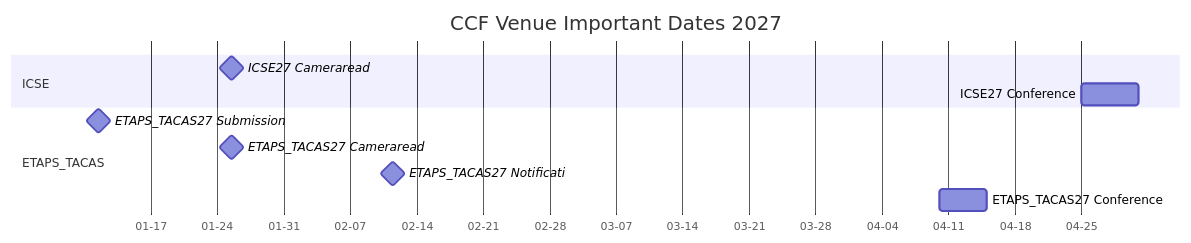
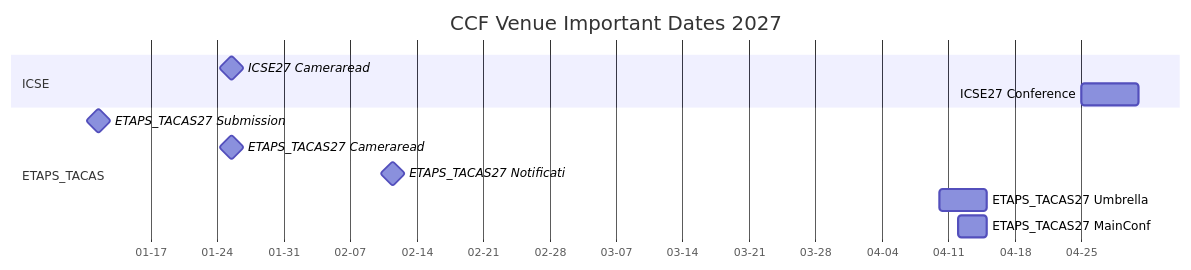
Before and after one commit to HansBug/research_ideas: the second of 7 diagrams in ccf_venues/TIMELINE.md, drawn with Mermaid. The commit also changed other lines of this file and 18 other files, not shown here.

````diff
--- a/ccf_venues/TIMELINE.md
+++ b/ccf_venues/TIMELINE.md
@@ -96,17 +100,18 @@
 ```mermaid
 gantt
   title CCF Venue Important Dates 2027
   dateFormat YYYY-MM-DD
   axisFormat %m-%d
 
   section ICSE
   ICSE27 Cameraread :milestone, icse2027_1_20270125, 2027-01-25, 1d
   ICSE27 Conference :icse2027_2_20270425, 2027-04-25, 2027-05-01
 
   section ETAPS_TACAS
   ETAPS_TACAS27 Submission :milestone, etaps2027_1_20270111, 2027-01-11, 1d
   ETAPS_TACAS27 Cameraread :milestone, etaps2027_2_20270125, 2027-01-25, 1d
   ETAPS_TACAS27 Notificati :milestone, etaps2027_3_20270211, 2027-02-11, 1d
-  ETAPS_TACAS27 Conference :etaps2027_4_20270410, 2027-04-10, 2027-04-15
+  ETAPS_TACAS27 Umbrella :etaps2027_4_20270410, 2027-04-10, 2027-04-15
+  ETAPS_TACAS27 MainConf :etaps2027_5_20270412, 2027-04-12, 2027-04-15
 
 ```
````
